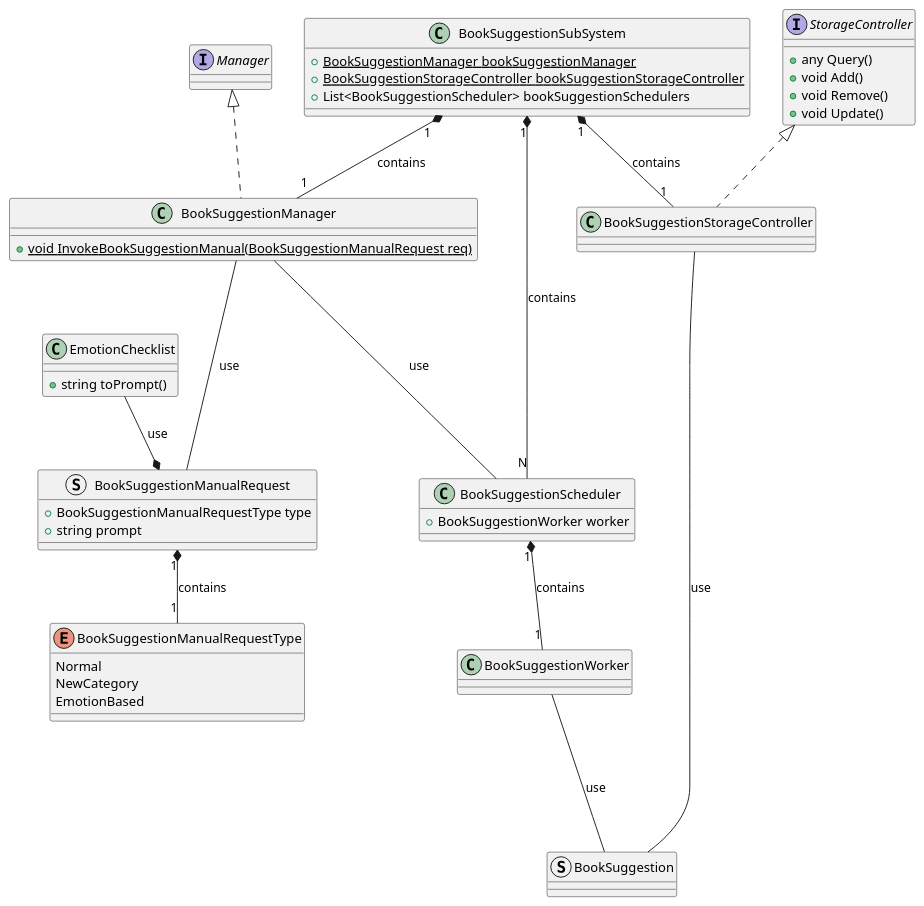
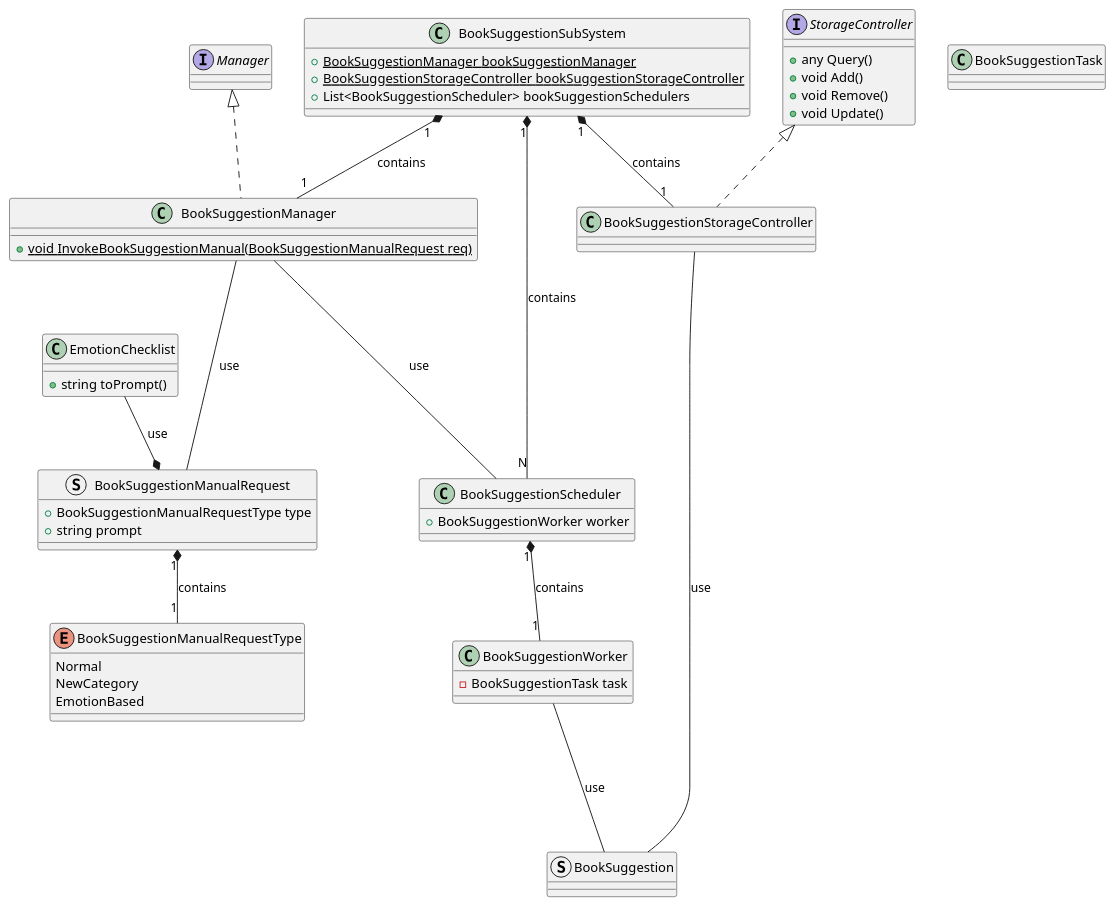
Before and after one commit to ShapeLayer/se-lecture-task__project-structure-definitions: the diagram in src/BookSuggestion.puml, drawn with PlantUML. The commit also changed 1 other file, not shown here.

```diff
--- a/src/BookSuggestion.puml
+++ b/src/BookSuggestion.puml
@@ -1,56 +1,59 @@
 @startuml
 Interface Manager
 Interface StorageController {
     + any Query()
     + void Add()
     + void Remove()
     + void Update()
 }
 
 class EmotionChecklist {
     + string toPrompt()
 }
 
 enum BookSuggestionManualRequestType {
     Normal
     NewCategory
     EmotionBased
 }
 struct BookSuggestionManualRequest {
     + BookSuggestionManualRequestType type
     + string prompt
 }
 BookSuggestionManualRequest "1" *-- "1" BookSuggestionManualRequestType : contains
 EmotionChecklist --* BookSuggestionManualRequest : use
 
 struct BookSuggestion {}
+class BookSuggestionTask {}
 
-class BookSuggestionWorker {}
+class BookSuggestionWorker {
+    - BookSuggestionTask task
+}
 BookSuggestionWorker --- BookSuggestion : use
 
 class BookSuggestionScheduler {
     + BookSuggestionWorker worker
 }
 
 BookSuggestionScheduler "1" *-- "1" BookSuggestionWorker : contains
 
 class BookSuggestionManager implements Manager {
     + {static} void InvokeBookSuggestionManual(BookSuggestionManualRequest req)
 }
 BookSuggestionManager --- BookSuggestionManualRequest : use
 BookSuggestionManager --- BookSuggestionScheduler : use
 
 class BookSuggestionStorageController implements StorageController {}
 BookSuggestionStorageController --- BookSuggestion : use
 
 class BookSuggestionSubSystem {
     + {static} BookSuggestionManager bookSuggestionManager
     + {static} BookSuggestionStorageController bookSuggestionStorageController
     + List<BookSuggestionScheduler> bookSuggestionSchedulers
 }
 
 BookSuggestionSubSystem "1" *-- "1" BookSuggestionManager : contains
 BookSuggestionSubSystem "1" *-- "1" BookSuggestionStorageController : contains
 BookSuggestionSubSystem "1" *-- "N" BookSuggestionScheduler : contains
 
 @enduml
```
